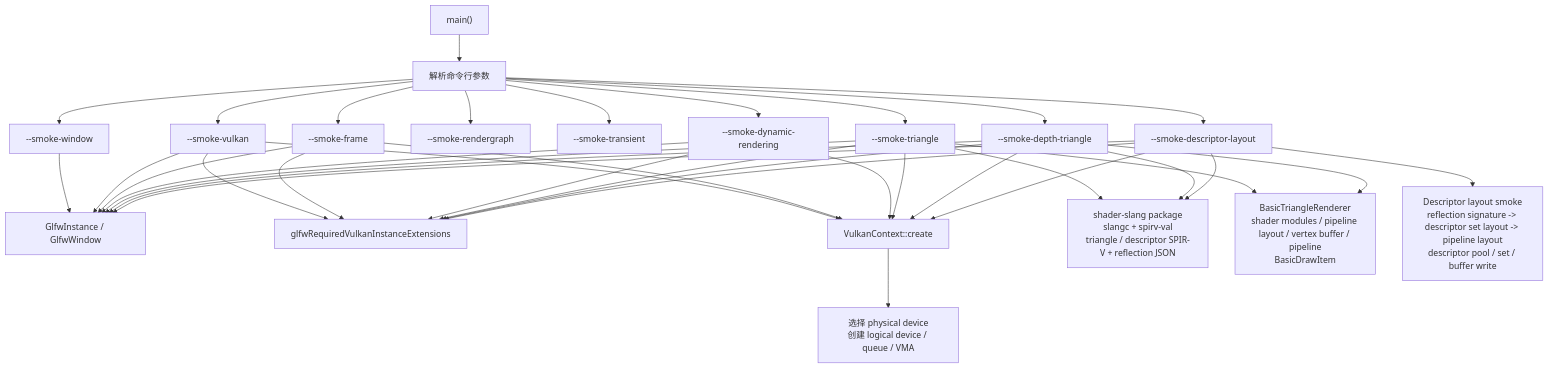
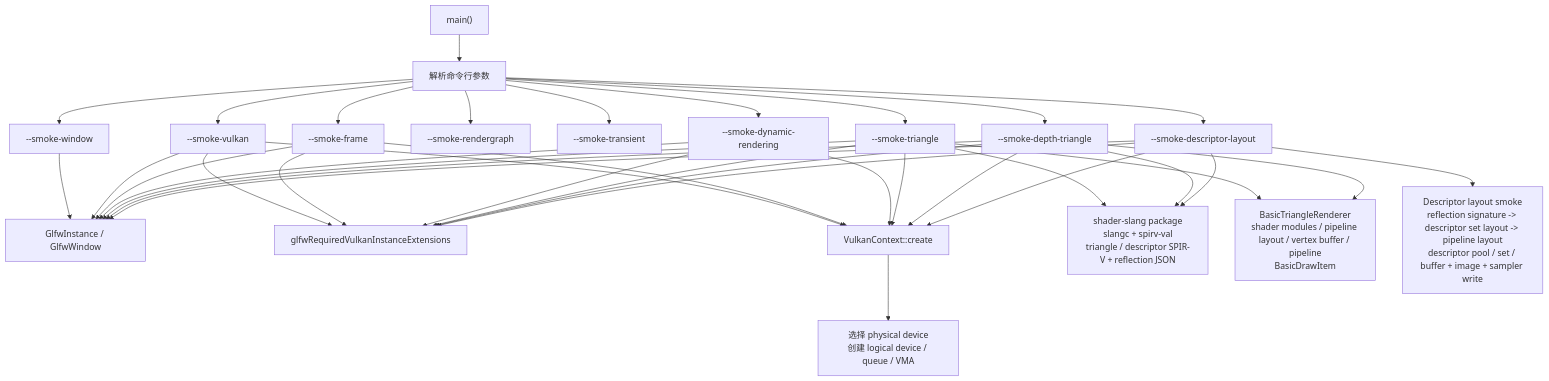
Before and after one commit to 66six11/Engine: the second of 11 diagrams in docs/flow-architecture.md, drawn with Mermaid. The commit also changed other lines of this file and 8 other files, not shown here.

Commit message:
feat: add sampled image descriptor smoke

````diff
--- a/docs/flow-architecture.md
+++ b/docs/flow-architecture.md
@@ -58,58 +58,58 @@
 ```mermaid
 flowchart TD
     Start["main()"]
     Args["解析命令行参数"]
     WindowSmoke["--smoke-window"]
     VulkanSmoke["--smoke-vulkan"]
     FrameSmoke["--smoke-frame"]
     RGSmoke["--smoke-rendergraph"]
     TransientSmoke["--smoke-transient"]
     DynamicSmoke["--smoke-dynamic-rendering"]
     TriangleSmoke["--smoke-triangle"]
     DepthTriangleSmoke["--smoke-depth-triangle"]
     DescriptorSmoke["--smoke-descriptor-layout"]
     GLFW["GlfwInstance / GlfwWindow"]
     Ext["glfwRequiredVulkanInstanceExtensions"]
     Context["VulkanContext::create"]
     Device["选择 physical device<br/>创建 logical device / queue / VMA"]
     ShaderBuild["shader-slang package<br/>slangc + spirv-val<br/>triangle / descriptor SPIR-V + reflection JSON"]
     RendererObject["BasicTriangleRenderer<br/>shader modules / pipeline layout / vertex buffer / pipeline<br/>BasicDrawItem"]
-    DescriptorLayout["Descriptor layout smoke<br/>reflection signature -> descriptor set layout -> pipeline layout<br/>descriptor pool / set / buffer write"]
+    DescriptorLayout["Descriptor layout smoke<br/>reflection signature -> descriptor set layout -> pipeline layout<br/>descriptor pool / set / buffer + image + sampler write"]
 
     Start --> Args
     Args --> WindowSmoke
     Args --> VulkanSmoke
     Args --> FrameSmoke
     Args --> RGSmoke
     Args --> TransientSmoke
     Args --> DynamicSmoke
     Args --> TriangleSmoke
     Args --> DepthTriangleSmoke
     Args --> DescriptorSmoke
     WindowSmoke --> GLFW
     VulkanSmoke --> GLFW
     VulkanSmoke --> Ext
     VulkanSmoke --> Context
     FrameSmoke --> GLFW
     FrameSmoke --> Ext
     FrameSmoke --> Context
     DynamicSmoke --> GLFW
     DynamicSmoke --> Ext
     DynamicSmoke --> Context
     TriangleSmoke --> GLFW
     TriangleSmoke --> Ext
     TriangleSmoke --> Context
     TriangleSmoke --> ShaderBuild
     TriangleSmoke --> RendererObject
     DepthTriangleSmoke --> GLFW
     DepthTriangleSmoke --> Ext
     DepthTriangleSmoke --> Context
     DepthTriangleSmoke --> ShaderBuild
     DepthTriangleSmoke --> RendererObject
     DescriptorSmoke --> GLFW
     DescriptorSmoke --> Ext
     DescriptorSmoke --> Context
     DescriptorSmoke --> ShaderBuild
     DescriptorSmoke --> DescriptorLayout
     Context --> Device
 ```
````
